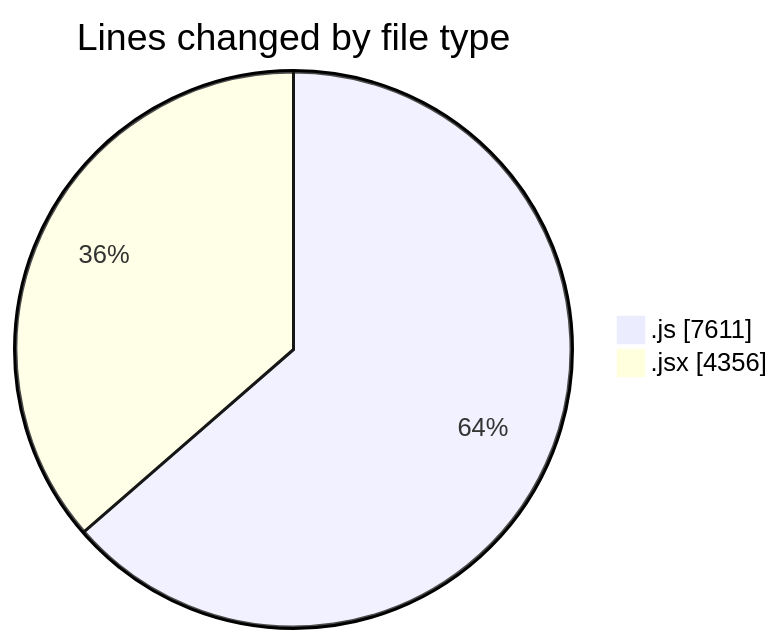
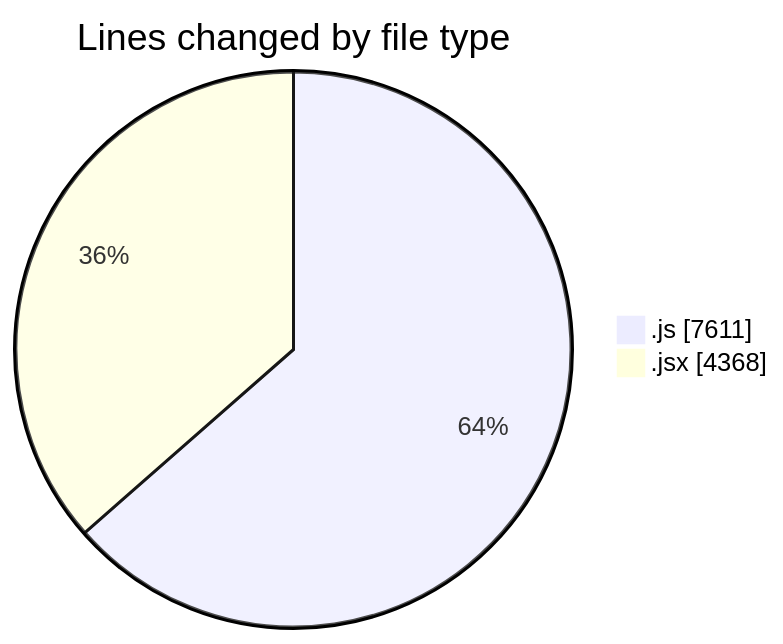
One commit to nxtqubesakshisongat/code-tracking changed the first of 2 diagrams in 2025-12-10/nxtqube_webapp/README.md. Above: the diagram before and after it, drawn with Mermaid. The commit also changed other lines of this file and 1 other file, not shown here.

````diff
--- a/2025-12-10/nxtqube_webapp/README.md
+++ b/2025-12-10/nxtqube_webapp/README.md
@@ -23,6 +23,6 @@
 ```mermaid
 pie showData
 title Lines changed by file type
 ".js" : 7611
-".jsx" : 4356
+".jsx" : 4368
 ```
````
